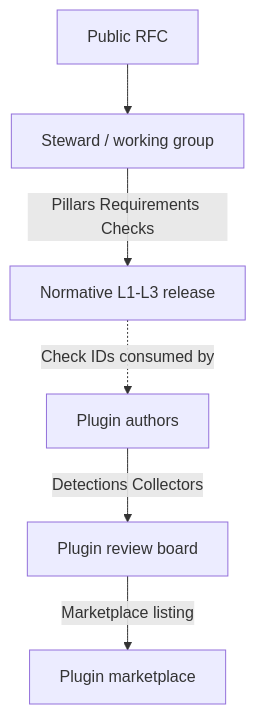
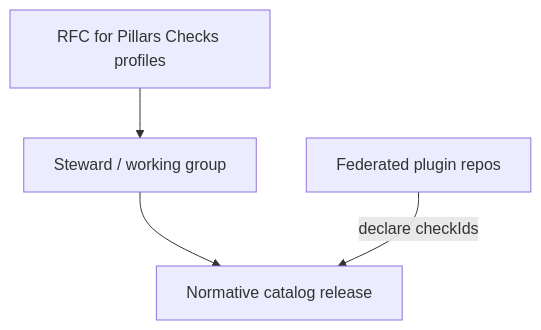
One commit to stackrail-io/APRF changed the fourth of 6 diagrams in ARCHITECTURE.md. Above: the diagram before and after it, drawn with Mermaid. The commit also changed other lines of this file and 2 other files, not shown here.

First line of the commit message:
Harden architecture after adversarial multi-vendor review.

````diff
--- a/ARCHITECTURE.md
+++ b/ARCHITECTURE.md
@@ -288,14 +202,9 @@
 ```mermaid
 flowchart TB
-  RFC[Public RFC]
+  RFC[RFC for Pillars Checks profiles]
   WG[Steward / working group]
-  Spec[Normative L1-L3 release]
-  Plug[Plugin authors]
-  Cert[Plugin review board]
-
-  RFC --> WG
-  WG -->|Pillars Requirements Checks| Spec
-  Plug -->|Detections Collectors| Cert
-  Spec -.->|Check IDs consumed by| Plug
-  Cert -->|Marketplace listing| Market[Plugin marketplace]
+  Cat[Normative catalog release]
+  Plug[Federated plugin repos]
+  RFC --> WG --> Cat
+  Plug -->|declare checkIds| Cat
 ```
````
